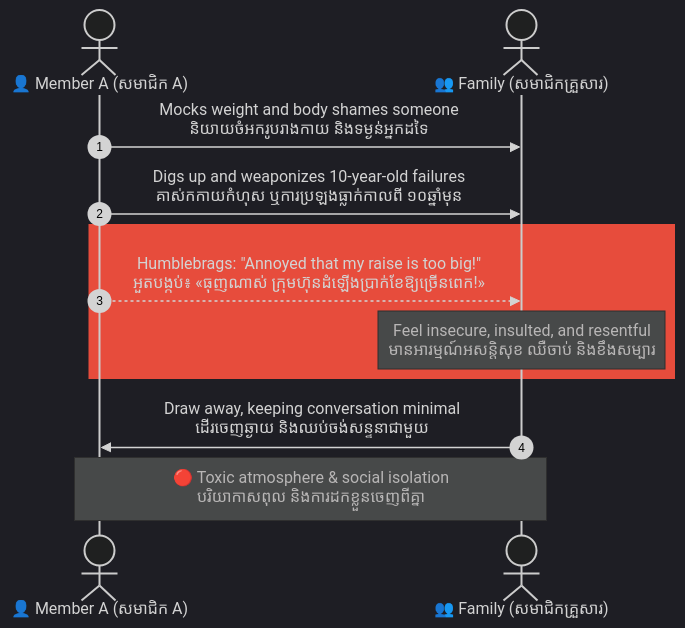
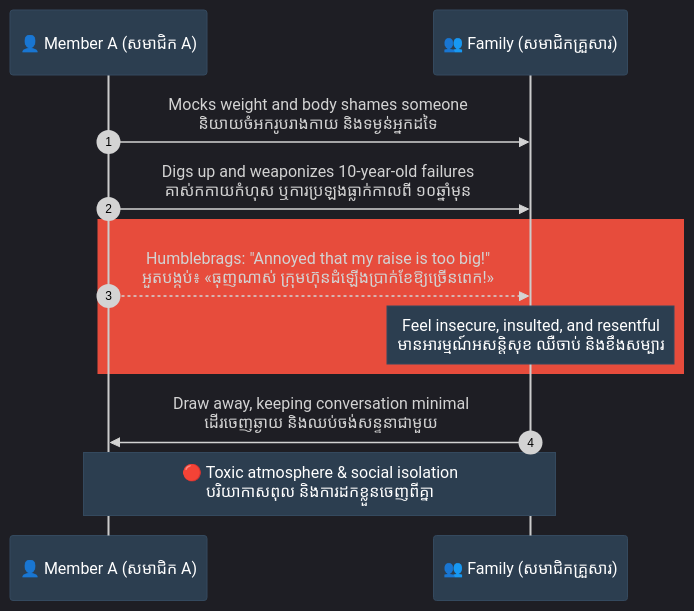
The third of 6 diagrams in feeds/concepts/articles/03-science-of-communication-eq-flaws.md (iblogger855/iblogger-feeds), drawn with Mermaid before and after one commit. The commit also changed other lines of this file and 1 other file, not shown here.

Commit message:
style(visual): fix sequence diagram text and actor backgrounds for light mode compatibility

````diff
--- a/feeds/concepts/articles/03-science-of-communication-eq-flaws.md
+++ b/feeds/concepts/articles/03-science-of-communication-eq-flaws.md
@@ -203,26 +215,32 @@
 ```mermaid
 %%{init: {
   'theme': 'dark',
   'themeVariables': {
     'background': '#1e1e1e',
     'primaryTextColor': '#ffffff',
-    'lineColor': '#a0a0a0'
+    'lineColor': '#a0a0a0',
+    'actorBkg': '#2c3e50',
+    'actorBorder': '#34495e',
+    'actorTextColor': '#ffffff',
+    'noteBkgColor': '#2c3e50',
+    'noteTextColor': '#ffffff',
+    'noteBorderColor': '#34495e'
   },
-  'themeCSS': 'svg { background-color: #1e1e1e !important; padding: 1rem !important; border-radius: 8px !important; } .edgeLabel rect { fill: #1e1e1e !important; } text, tspan { fill: #ffffff !important; }'
+  'themeCSS': 'svg { background-color: #1e1e1e !important; padding: 1rem !important; border-radius: 8px !important; } .edgeLabel rect { fill: #1e1e1e !important; } text, tspan { fill: #ffffff !important; } @media (prefers-color-scheme: light) { text, tspan, .messageText, .signalText { fill: #1e1e1e !important; } .actor text, .actor tspan, .note text, .note tspan, .loopText, .loopText tspan { fill: #ffffff !important; } }'
 }}%%
 sequenceDiagram
     autonumber
-    actor Mbr as 👤 Member A (សមាជិក A)
-    actor Fam as 👥 Family (សមាជិកគ្រួសារ)
+    participant Mbr as 👤 Member A (សមាជិក A)
+    participant Fam as 👥 Family (សមាជិកគ្រួសារ)
 
     Mbr->>Fam: Mocks weight and body shames someone<br/>និយាយចំអករូបរាងកាយ និងទម្ងន់អ្នកដទៃ
     Mbr->>Fam: Digs up and weaponizes 10-year-old failures<br/>គាស់កកាយកំហុស ឬការប្រឡងធ្លាក់កាលពី ១០ឆ្នាំមុន
     
     rect rgb(231, 76, 60)
         Mbr-->>Fam: Humblebrags: "Annoyed that my raise is too big!"<br/>អួតបង្កប់៖ «ធុញណាស់ ក្រុមហ៊ុនដំឡើងប្រាក់ខែឱ្យច្រើនពេក!»
         Note over Fam: Feel insecure, insulted, and resentful<br/>មានអារម្មណ៍អសន្តិសុខ ឈឺចាប់ និងខឹងសម្បារ
     end
     
     Fam->>Mbr: Draw away, keeping conversation minimal<br/>ដើរចេញឆ្ងាយ និងឈប់ចង់សន្ទនាជាមួយ
     Note over Mbr, Fam: 🔴 Toxic atmosphere & social isolation<br/>បរិយាកាសពុល និងការដកខ្លួនចេញពីគ្នា
 ```
````
